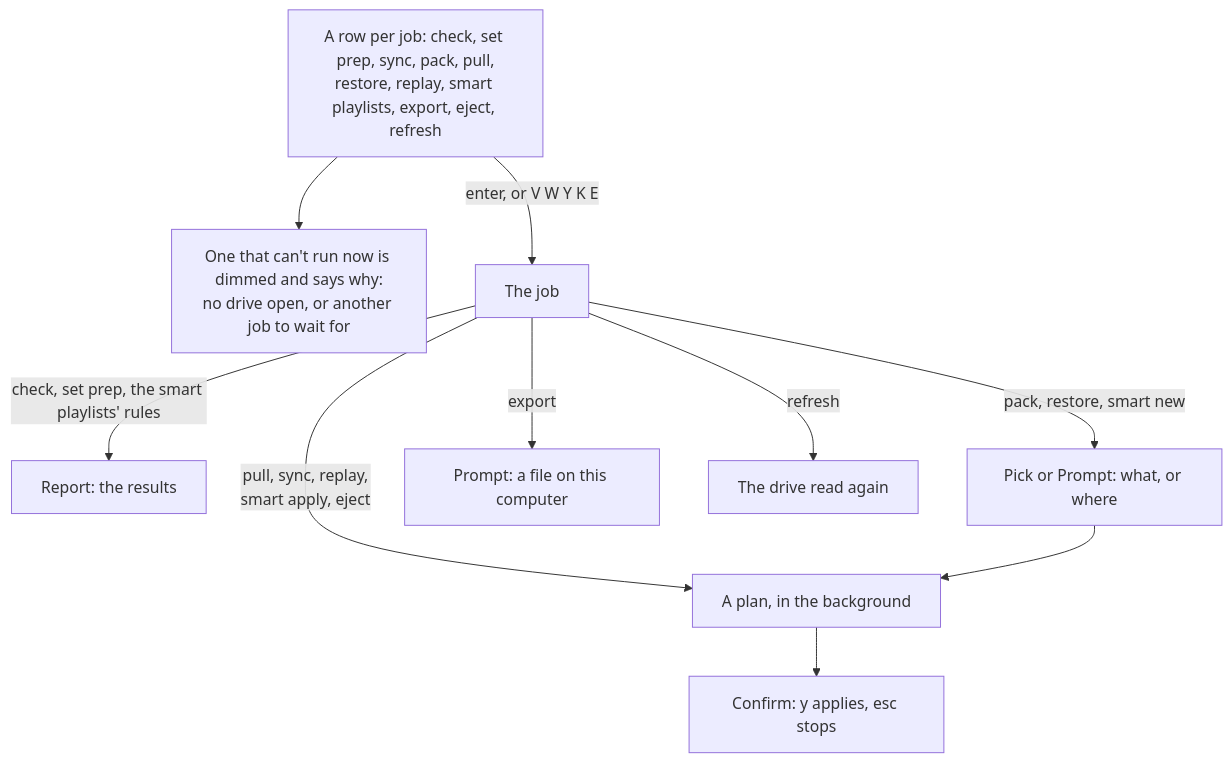
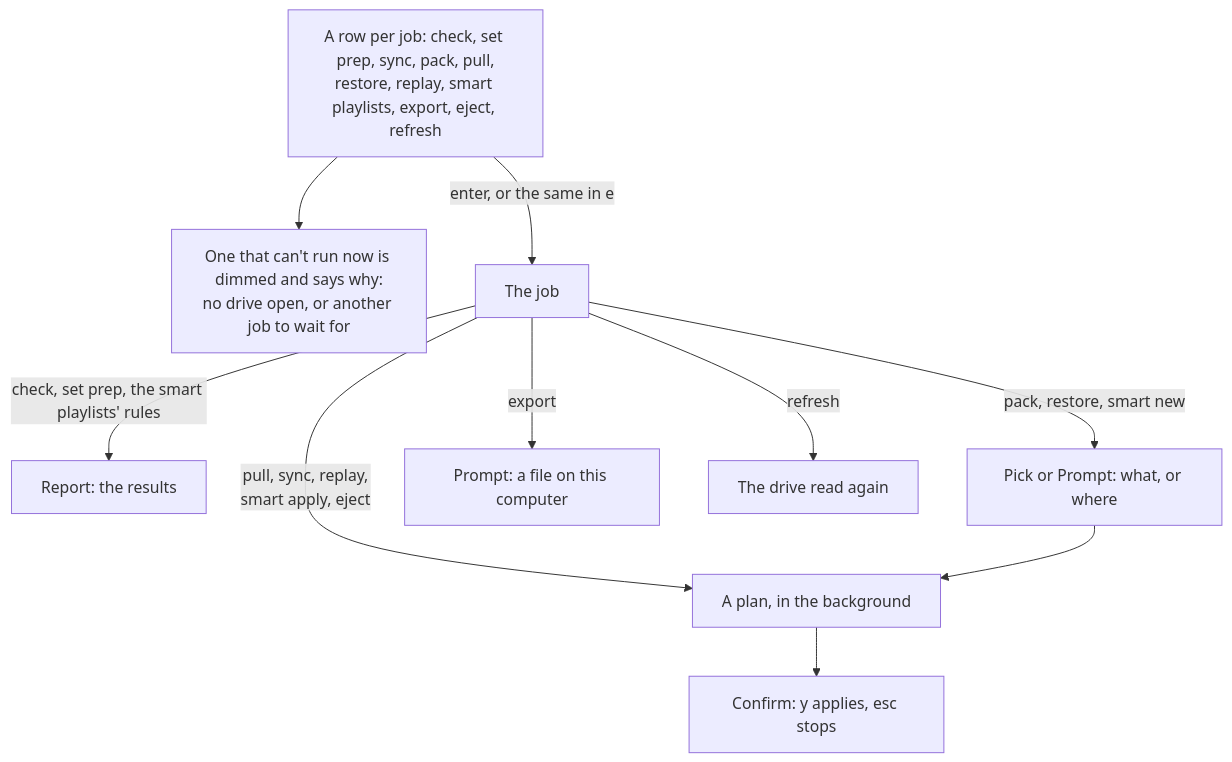
The third of 21 diagrams in apps/locallibrary/docs/diagrams/player.md (cutenode/localnetwork), drawn with Mermaid before and after one commit. The commit also changed other lines of this file and 186 other files, not shown here.

````diff
--- a/apps/locallibrary/docs/diagrams/player.md
+++ b/apps/locallibrary/docs/diagrams/player.md
@@ -72,13 +76,13 @@
 ```mermaid
 flowchart TD
     rows["A row per job: check, set prep, sync, pack, pull,<br/>restore, replay, smart playlists, export, eject, refresh"]
     rows --> off["One that can't run now is dimmed and says why:<br/>no drive open, or another job to wait for"]
-    rows -->|"enter, or V W Y K E"| run["The job"]
+    rows -->|"enter, or the same in e"| run["The job"]
     run -->|"check, set prep, the smart playlists' rules"| report["Report: the results"]
     run -->|"pull, sync, replay,<br/>smart apply, eject"| plan["A plan, in the background"]
     run -->|"pack, restore, smart new"| ask["Pick or Prompt: what, or where"]
     ask --> plan
     run -->|"export"| file["Prompt: a file on this computer"]
     run -->|"refresh"| again["The drive read again"]
     plan --> confirm["Confirm: y applies, esc stops"]
 ```
````
